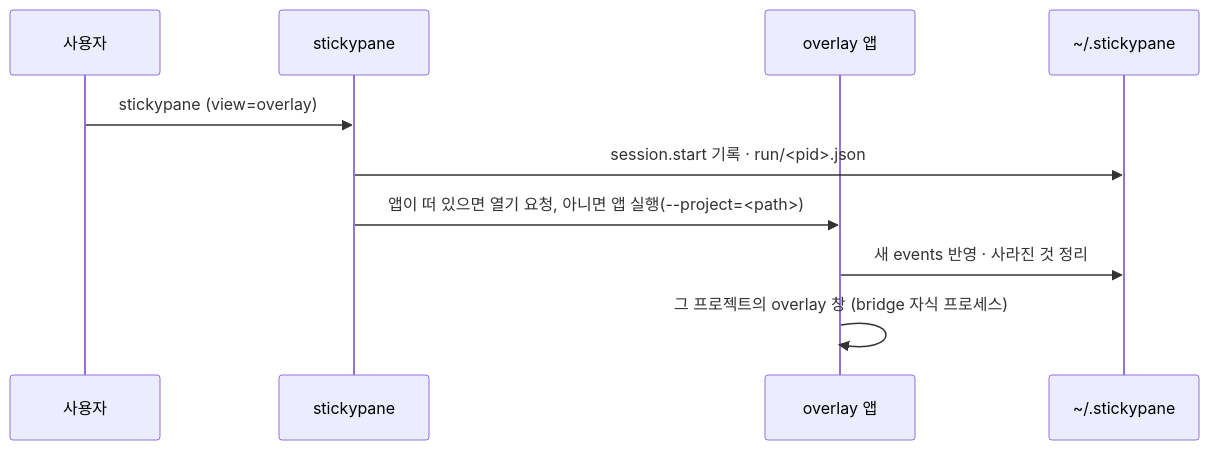
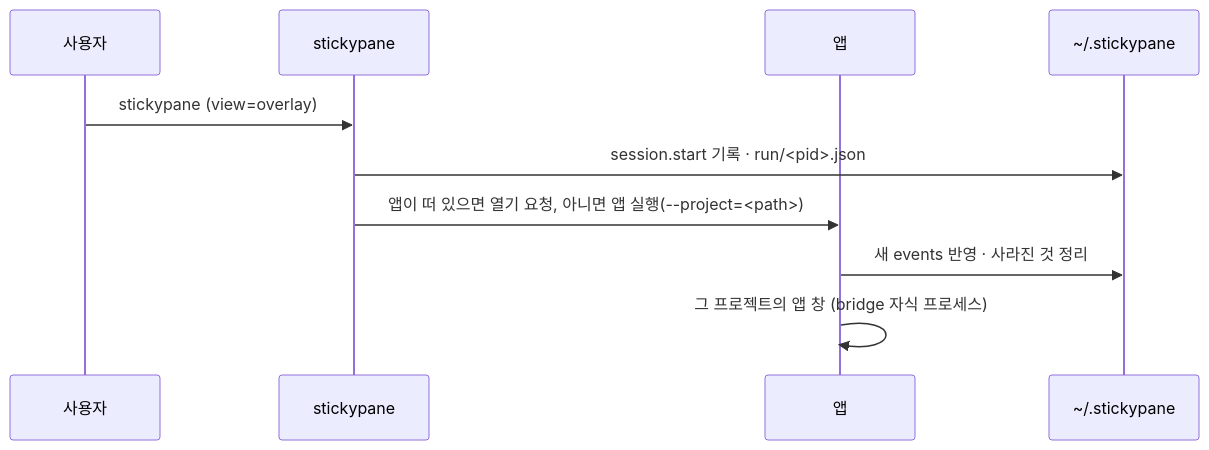
Before and after one commit to LeeSwallow/stickypane: the third of 3 diagrams in docs/desktop/08-app-home-and-sessions.md, drawn with Mermaid. The commit also changed other lines of this file and 36 other files, not shown here.

First line of the commit message:
docs: the overlay is the app, in the docs and comments (#51)

````diff
--- a/docs/desktop/08-app-home-and-sessions.md
+++ b/docs/desktop/08-app-home-and-sessions.md
@@ -192,12 +192,12 @@
 ```mermaid
 sequenceDiagram
   participant U as 사용자
   participant CLI as stickypane
-  participant App as overlay 앱
+  participant App as 앱
   participant Reg as ~/.stickypane
   U->>CLI: stickypane (view=overlay)
   CLI->>Reg: session.start 기록 · run/<pid>.json
   CLI->>App: 앱이 떠 있으면 열기 요청, 아니면 앱 실행(--project=<path>)
   App->>Reg: 새 events 반영 · 사라진 것 정리
-  App->>App: 그 프로젝트의 overlay 창 (bridge 자식 프로세스)
+  App->>App: 그 프로젝트의 앱 창 (bridge 자식 프로세스)
 ```
````
